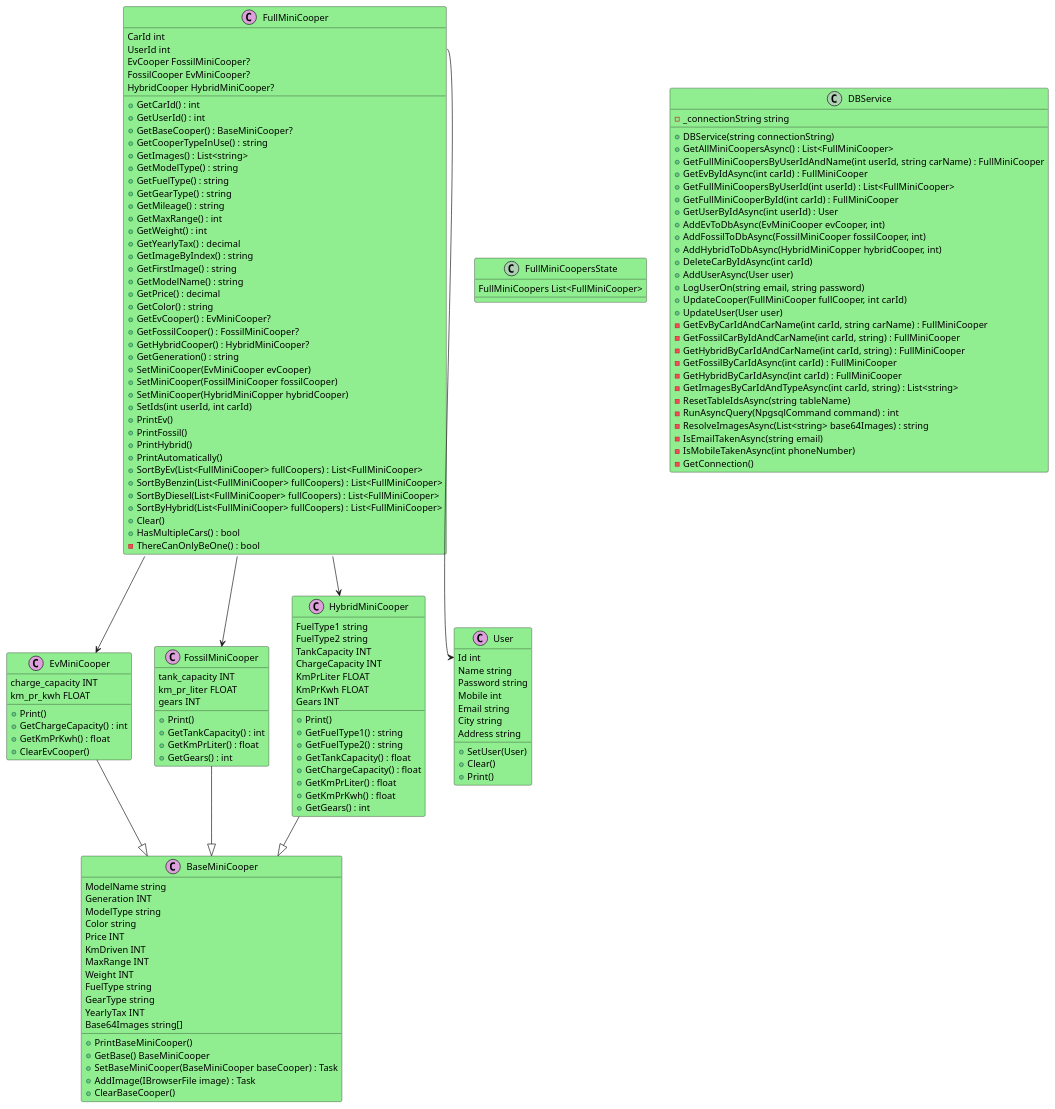
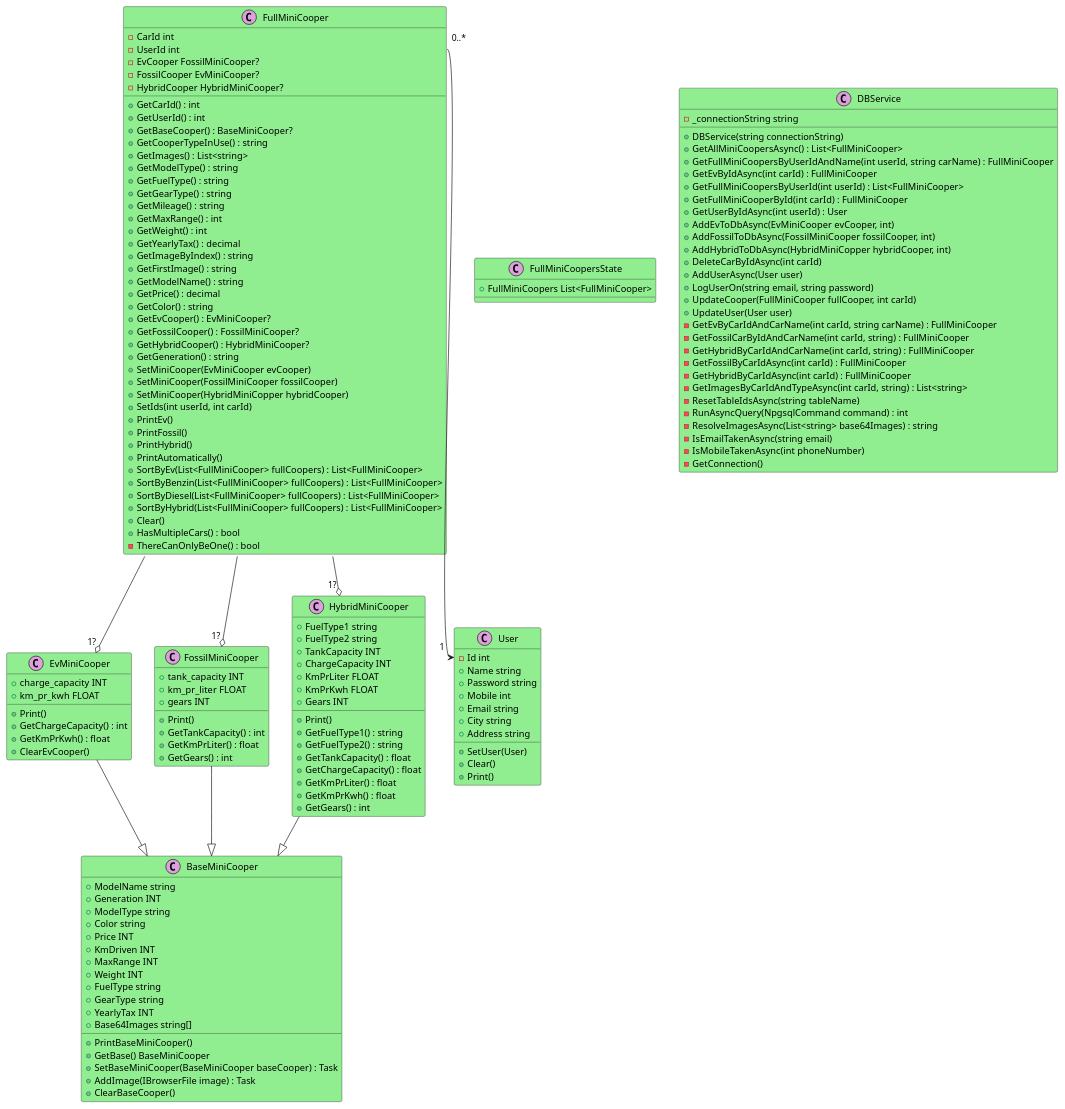
Before and after one commit to Mercantec-GHC/projekt-gruppe-3-1: the diagram in BlazorApp/KlasseDiagram.puml, drawn with PlantUML. The commit also changed 5 other files, not shown here.

First line of the commit message:
Refactor diagrams and improve null checks for MiniCoopers.

```diff
--- a/BlazorApp/KlasseDiagram.puml
+++ b/BlazorApp/KlasseDiagram.puml
@@ -1,172 +1,182 @@
 @startuml
 'https://plantuml.com/sequence-diagram
 
 skinparam object{
     BackgroundColor Cyan
 }
 
 skinparam class{
     BackgroundColor LightGreen
 }
 
 class BaseMiniCooper <<(C,Plum)>> {
-    ModelName string
-    Generation INT
-    ModelType string
-    Color string
-    Price INT
-    KmDriven INT
-    MaxRange INT
-    Weight INT
-    FuelType string
-    GearType string
-    YearlyTax INT
-    Base64Images string[]
+    +ModelName string
+    +Generation INT
+    +ModelType string
+    +Color string
+    +Price INT
+    +KmDriven INT
+    +MaxRange INT
+    +Weight INT
+    +FuelType string
+    +GearType string
+    +YearlyTax INT
+    +Base64Images string[]
+    
     +PrintBaseMiniCooper()
     +GetBase() BaseMiniCooper
     +SetBaseMiniCooper(BaseMiniCooper baseCooper) : Task
     +AddImage(IBrowserFile image) : Task
     +ClearBaseCooper()
 }
 
 class User <<(C,Plum)>>{
-    Id int
-    Name string
-    Password string
-    Mobile int
-    Email string
-    City string
-    Address string
+    -Id int
+    +Name string
+    +Password string
+    +Mobile int
+    +Email string
+    +City string
+    +Address string
+    
     +SetUser(User)
     +Clear()
     +Print()
 }
 
 class EvMiniCooper <<(C,Plum)>>{
-    charge_capacity INT
-    km_pr_kwh FLOAT
+    +charge_capacity INT
+    +km_pr_kwh FLOAT
+    
     +Print()
     +GetChargeCapacity() : int
     +GetKmPrKwh() : float
     +ClearEvCooper()
 }
 
 class FossilMiniCooper <<(C,Plum)>>{
-    tank_capacity INT
-    km_pr_liter FLOAT
-    gears INT
+    +tank_capacity INT
+    +km_pr_liter FLOAT
+    +gears INT
+    
     +Print()
     +GetTankCapacity() : int
     +GetKmPrLiter() : float
     +GetGears() : int
 }
 
 class HybridMiniCooper <<(C,Plum)>>{
-    FuelType1 string
-    FuelType2 string
-    TankCapacity INT
-    ChargeCapacity INT
-    KmPrLiter FLOAT
-    KmPrKwh FLOAT
-    Gears INT
+    +FuelType1 string
+    +FuelType2 string
+    +TankCapacity INT
+    +ChargeCapacity INT
+    +KmPrLiter FLOAT
+    +KmPrKwh FLOAT
+    +Gears INT
+    
     +Print()
     +GetFuelType1() : string
     +GetFuelType2() : string
     +GetTankCapacity() : float
     +GetChargeCapacity() : float
     +GetKmPrLiter() : float
     +GetKmPrKwh() : float
     +GetGears() : int
 }
 
 class FullMiniCooper <<(C,Plum)>>{
-    CarId int
-    UserId int
-    EvCooper FossilMiniCooper? 
-    FossilCooper EvMiniCooper?
-    HybridCooper HybridMiniCooper?
+    -CarId int
+    -UserId int
+    -EvCooper FossilMiniCooper? 
+    -FossilCooper EvMiniCooper?
+    -HybridCooper HybridMiniCooper?
+    
     +GetCarId() : int
     +GetUserId() : int
     +GetBaseCooper() : BaseMiniCooper?
     +GetCooperTypeInUse() : string
     +GetImages() : List<string>
     +GetModelType() : string
     +GetFuelType() : string
     +GetGearType() : string
     +GetMileage() : string
     +GetMaxRange() : int
     +GetWeight() : int
     +GetYearlyTax() : decimal
     +GetImageByIndex() : string
     +GetFirstImage() : string
     +GetModelName() : string
     +GetPrice() : decimal
     +GetColor() : string
     +GetEvCooper() : EvMiniCooper?
     +GetFossilCooper() : FossilMiniCooper?
     +GetHybridCooper() : HybridMiniCooper?
     +GetGeneration() : string
     +SetMiniCooper(EvMiniCooper evCooper) 
     +SetMiniCooper(FossilMiniCooper fossilCooper)
     +SetMiniCooper(HybridMiniCopper hybridCooper)
     +SetIds(int userId, int carId)
     +PrintEv()
     +PrintFossil()
     +PrintHybrid()
     +PrintAutomatically()
     +SortByEv(List<FullMiniCooper> fullCoopers) : List<FullMiniCooper>
     +SortByBenzin(List<FullMiniCooper> fullCoopers) : List<FullMiniCooper>
     +SortByDiesel(List<FullMiniCooper> fullCoopers) : List<FullMiniCooper>
     +SortByHybrid(List<FullMiniCooper> fullCoopers) : List<FullMiniCooper>
     +Clear()
     +HasMultipleCars() : bool
     -ThereCanOnlyBeOne() : bool
 }
 
-class FullMiniCoopersState{
-    FullMiniCoopers List<FullMiniCooper>
+class FullMiniCoopersState <<C,plum>>{
+    +FullMiniCoopers List<FullMiniCooper>
 }
 
-class DBService{
+class DBService <<C,plum>>{
     -_connectionString string
+    
     +DBService(string connectionString)
     +GetAllMiniCoopersAsync() : List<FullMiniCooper>
     +GetFullMiniCoopersByUserIdAndName(int userId, string carName) : FullMiniCooper
     +GetEvByIdAsync(int carId) : FullMiniCooper
     +GetFullMiniCoopersByUserId(int userId) : List<FullMiniCooper>
     +GetFullMiniCooperById(int carId) : FullMiniCooper
     +GetUserByIdAsync(int userId) : User
     +AddEvToDbAsync(EvMiniCooper evCooper, int)
     +AddFossilToDbAsync(FossilMiniCooper fossilCooper, int)
     +AddHybridToDbAsync(HybridMiniCopper hybridCooper, int)
     +DeleteCarByIdAsync(int carId)
     +AddUserAsync(User user)
     +LogUserOn(string email, string password)
     +UpdateCooper(FullMiniCooper fullCooper, int carId)
     +UpdateUser(User user)
     -GetEvByCarIdAndCarName(int carId, string carName) : FullMiniCooper
     -GetFossilCarByIdAndCarName(int carId, string) : FullMiniCooper
     -GetHybridByCarIdAndCarName(int carId, string) : FullMiniCooper
     -GetFossilByCarIdAsync(int carId) : FullMiniCooper
     -GetHybridByCarIdAsync(int carId) : FullMiniCooper
     -GetImagesByCarIdAndTypeAsync(int carId, string) : List<string>
     -ResetTableIdsAsync(string tableName)
     -RunAsyncQuery(NpgsqlCommand command) : int
     -ResolveImagesAsync(List<string> base64Images) : string
     -IsEmailTakenAsync(string email)
     -IsMobileTakenAsync(int phoneNumber)
     -GetConnection()
 }
 
-FullMiniCooper --> EvMiniCooper
-FullMiniCooper --> FossilMiniCooper
-FullMiniCooper --> HybridMiniCooper
-FullMiniCooper::UserId --> User::Id
+FullMiniCooper --o "1? " EvMiniCooper
+FullMiniCooper --o "1? " FossilMiniCooper
+FullMiniCooper --o "1? " HybridMiniCooper
+FullMiniCooper::UserId "0..*" --> "1  " User::Id
+'Aggregate association, since these objects can exist without FullMiniCooper and are not inherited.
+'Oneway-Association, where FullMiniCooper can be tied to only 1 User, while a User can be associated to multiple FullMiniCoopers.
+'It is only oneway, because FullMiniCooper has a reference to a user, while the User itself does not have a reference to a FullMiniCooper.
 
 FossilMiniCooper --|> BaseMiniCooper
 EvMiniCooper --|> BaseMiniCooper
 HybridMiniCooper --|> BaseMiniCooper
 
 
 
 @enduml
```
